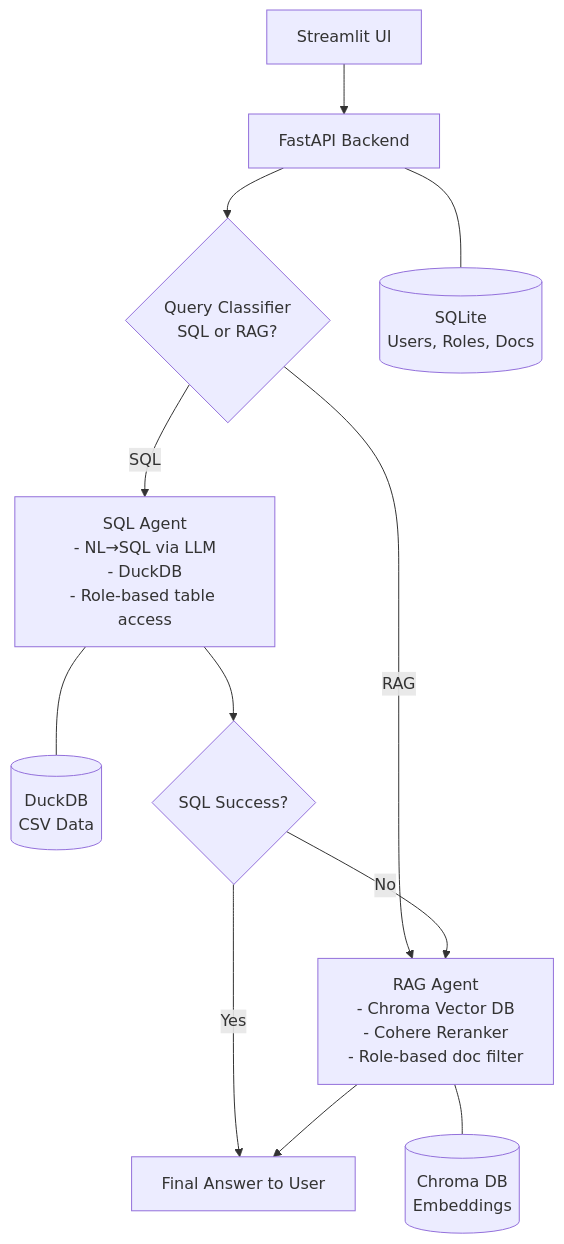
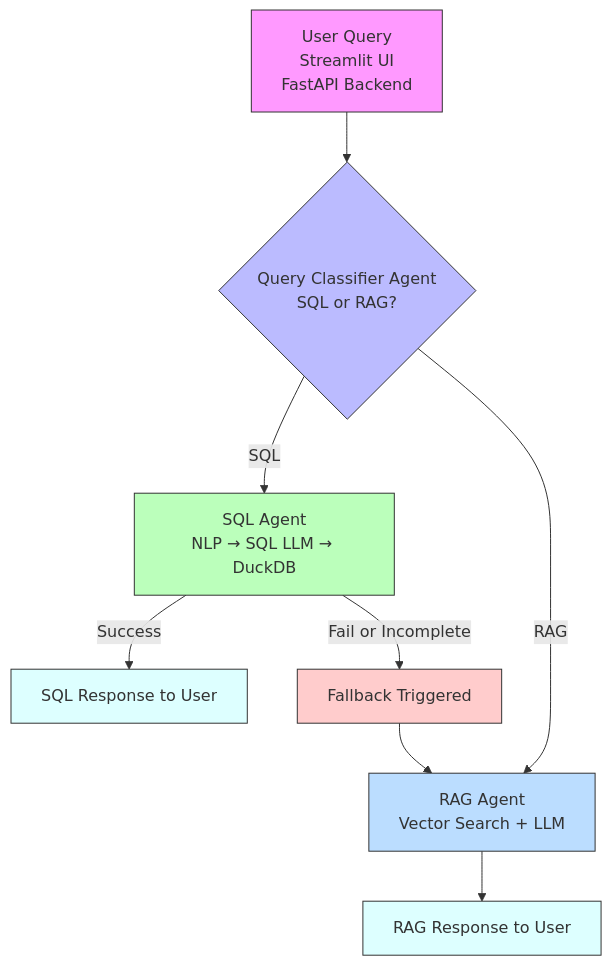
Before and after one commit to Sugiuma/RBAC-Project: the diagram in README.md, drawn with Mermaid.

````diff
--- a/README.md
+++ b/README.md
@@ -19,26 +19,21 @@
 ```mermaid
 flowchart TD
-    A[Streamlit UI] --> B[FastAPI Backend]
+    A[User Query<br/>Streamlit UI<br/>FastAPI Backend ] --> B{Query Classifier Agent <br/> SQL or RAG?}
 
-    B --> C{Query Classifier<br> SQL or RAG?}
-    B --- H1[(SQLite<br>Users, Roles, Docs)]
-   
+    B -- SQL --> C[SQL Agent<br/>NLP → SQL LLM → DuckDB]
+    B -- RAG --> E[RAG Agent<br/>Vector Search + LLM]
 
-    %% SQL Branch
-    C -->|SQL| D[SQL Agent<br>- NL→SQL via LLM<br>- DuckDB<br>- Role-based table access]
-    D --- H2[(DuckDB<br>CSV Data)]
-    
+    C -- Success --> F[SQL Response to User]
+    C -- Fail or Incomplete --> D[Fallback Triggered]
 
-    %% RAG Branch
-    C -->|RAG| E[RAG Agent<br>- Chroma Vector DB<br>- Cohere Reranker<br>- Role-based doc filter]
-    E --- H3[(Chroma DB<br>Embeddings)]
- 
+    D --> E
+    E --> G[RAG Response to User]
 
-    %% Fallback Logic
-    D --> F{SQL Success?}
-    F -->|Yes| G[Final Answer to User]
-    F -->|No| E
-    E --> G
-
-  
+    style A fill:#f9f,stroke:#333,stroke-width:1px
+    style B fill:#bbf,stroke:#333,stroke-width:1px
+    style C fill:#bfb,stroke:#333,stroke-width:1px
+    style D fill:#fcc,stroke:#333,stroke-width:1px
+    style E fill:#bdf,stroke:#333,stroke-width:1px
+    style F fill:#dff,stroke:#333,stroke-width:1px
+    style G fill:#dff,stroke:#333,stroke-width:1px
 ```
````
